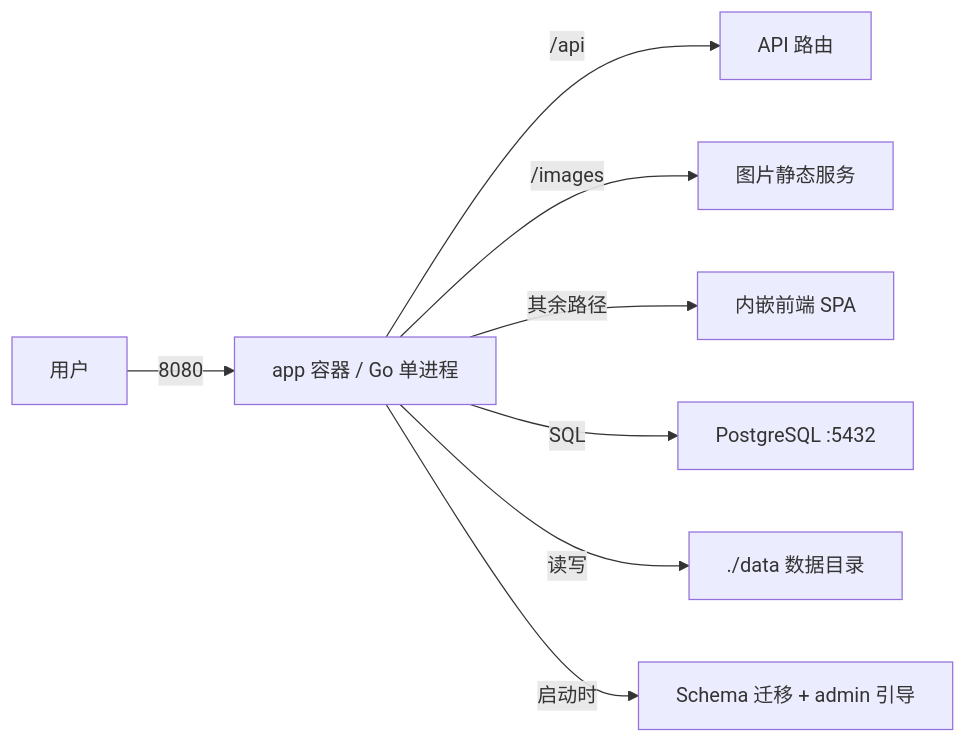
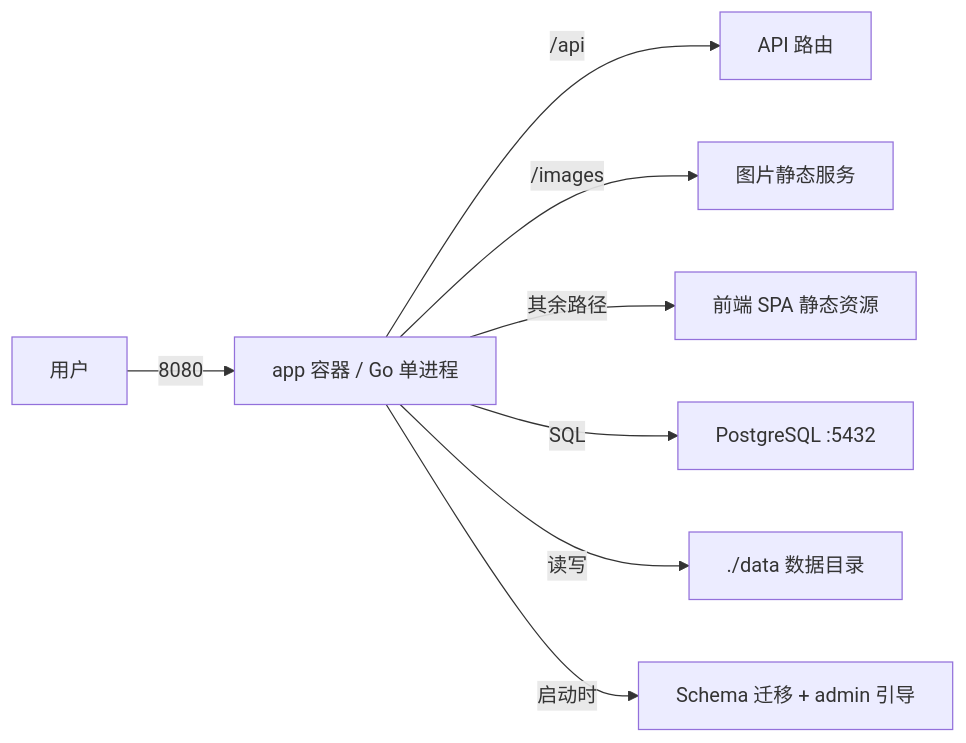
Before and after one commit to blue-cloud-net/food-log: the sixth of 6 diagrams in docs/architecture.md, drawn with Mermaid. The commit also changed other lines of this file and 1 other file, not shown here.

````diff
--- a/docs/architecture.md
+++ b/docs/architecture.md
@@ -242,10 +242,10 @@
 ```mermaid
 graph LR
     A[用户] -->|8080| B[app 容器 / Go 单进程]
     B -->|/api| C[API 路由]
     B -->|/images| D[图片静态服务]
-    B -->|其余路径| E[内嵌前端 SPA]
+    B -->|其余路径| E[前端 SPA 静态资源]
     B -->|SQL| F[PostgreSQL :5432]
     B -->|读写| G[./data 数据目录]
     B -->|启动时| H[Schema 迁移 + admin 引导]
 ```
````
